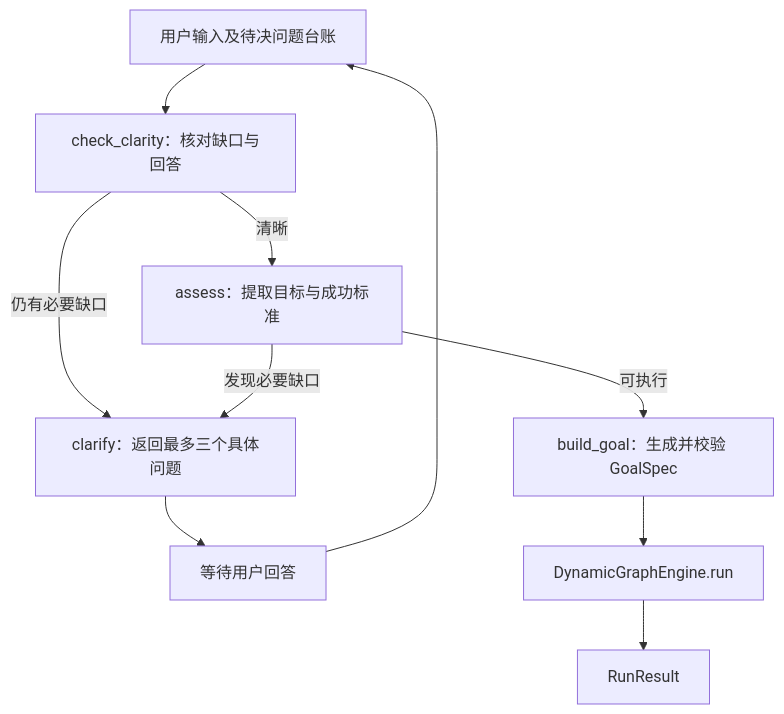
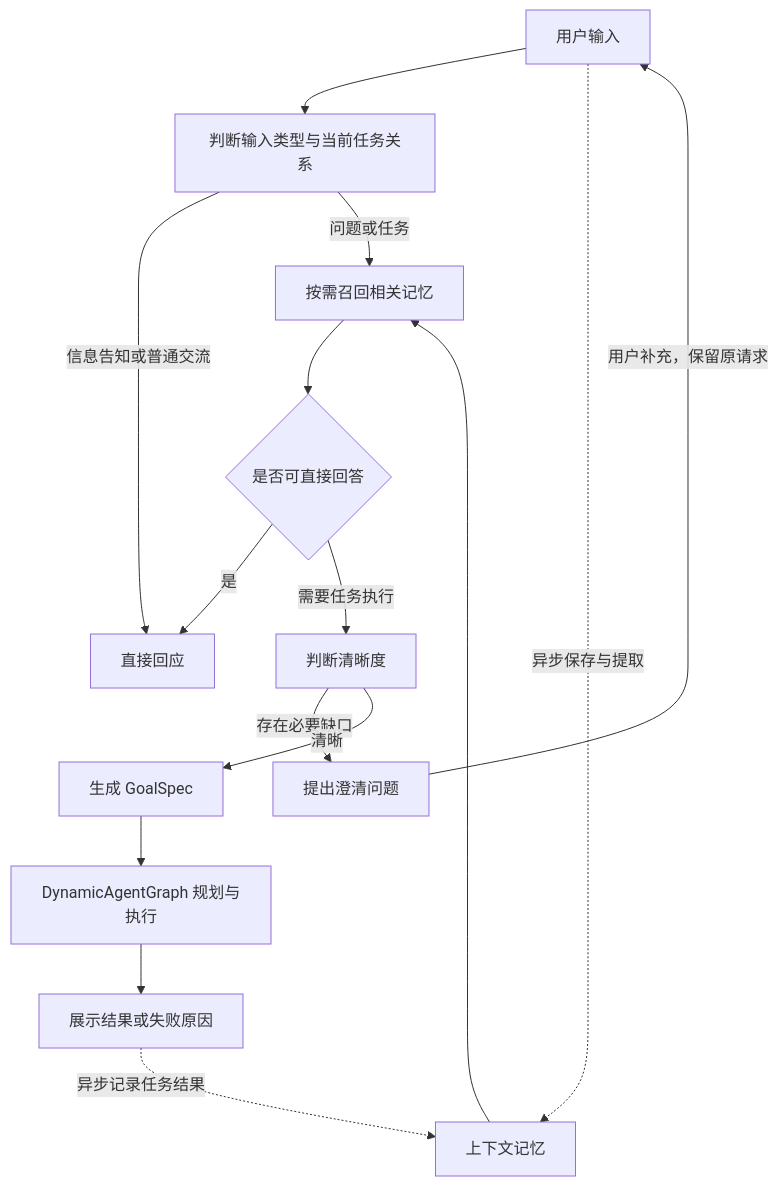
Before and after one commit to DavidLiuXh/Karen: the diagram in README.md, drawn with Mermaid. The commit also changed other lines of this file, not shown here.

````diff
--- a/README.md
+++ b/README.md
@@ -20,12 +36,17 @@
 ```mermaid
 flowchart TD
-    U[用户输入及待决问题台账] --> C[check_clarity：核对缺口与回答]
-    C -->|仍有必要缺口| Q[clarify：返回最多三个具体问题]
-    Q --> W[等待用户回答]
-    W --> U
-    C -->|清晰| A[assess：提取目标与成功标准]
-    A -->|发现必要缺口| Q
-    A -->|可执行| G[build_goal：生成并校验 GoalSpec]
-    G --> E[DynamicGraphEngine.run]
-    E --> R[RunResult]
+    U[用户输入] --> R[判断输入类型与当前任务关系]
+    R -->|信息告知或普通交流| A[直接回应]
+    R -->|问题或任务| M[按需召回相关记忆]
+    M --> D{是否可直接回答}
+    D -->|是| A
+    D -->|需要任务执行| C[判断清晰度]
+    C -->|存在必要缺口| Q[提出澄清问题]
+    Q -->|用户补充，保留原请求| U
+    C -->|清晰| G[生成 GoalSpec]
+    G --> E[DynamicAgentGraph 规划与执行]
+    E --> O[展示结果或失败原因]
+    U -. 异步保存与提取 .-> K[上下文记忆]
+    O -. 异步记录任务结果 .-> K
+    K --> M
 ```
````
